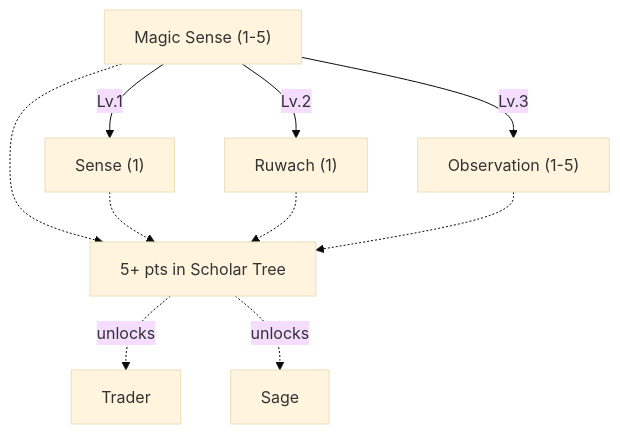
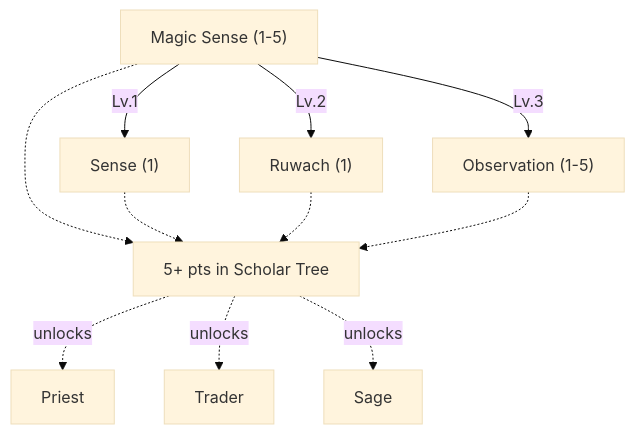
One commit to tfelix/bestia-docs changed the tenth of 17 diagrams in content/docs/mechanics/master.md. Above: the diagram before and after it, drawn with Mermaid (base theme). The commit also changed other lines of this file and 1 other file, not shown here.

First line of the commit message:
Unpark the Priest and settle its skills

````diff
--- a/content/docs/mechanics/master.md
+++ b/content/docs/mechanics/master.md
@@ -1112,22 +1110,22 @@
 ```mermaid
 graph TD
     MagicSense["Magic Sense (1-5)"]
     Sense["Sense (1)"]
     Ruwach["Ruwach (1)"]
     Observation["Observation (1-5)"]
     Gate["5+ pts in Scholar Tree"]
-    %% Priest["Priest"] %% parked
+    Priest["Priest"]
     Trader["Trader"]
     Sage["Sage"]
 
     MagicSense -->|Lv.1| Sense
     MagicSense -->|Lv.2| Ruwach
     MagicSense -->|Lv.3| Observation
     MagicSense -.-> Gate
     Sense -.-> Gate
     Ruwach -.-> Gate
     Observation -.-> Gate
-    %% Gate -.->|unlocks| Priest
+    Gate -.->|unlocks| Priest
     Gate -.->|unlocks| Trader
     Gate -.->|unlocks| Sage
 ```
````
